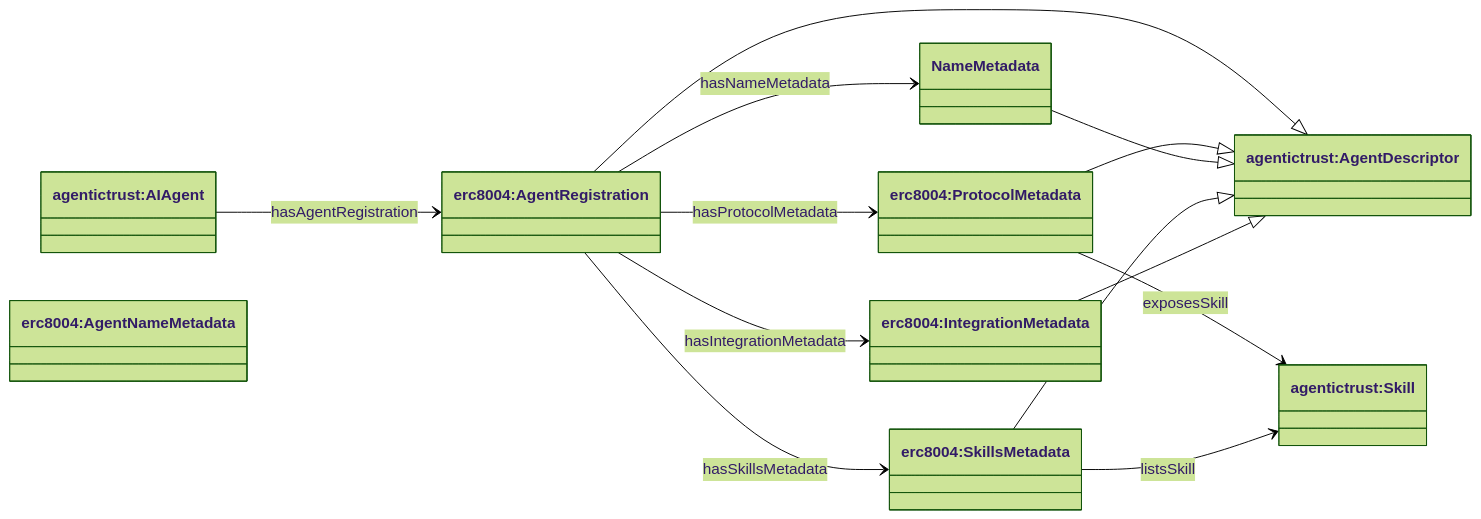
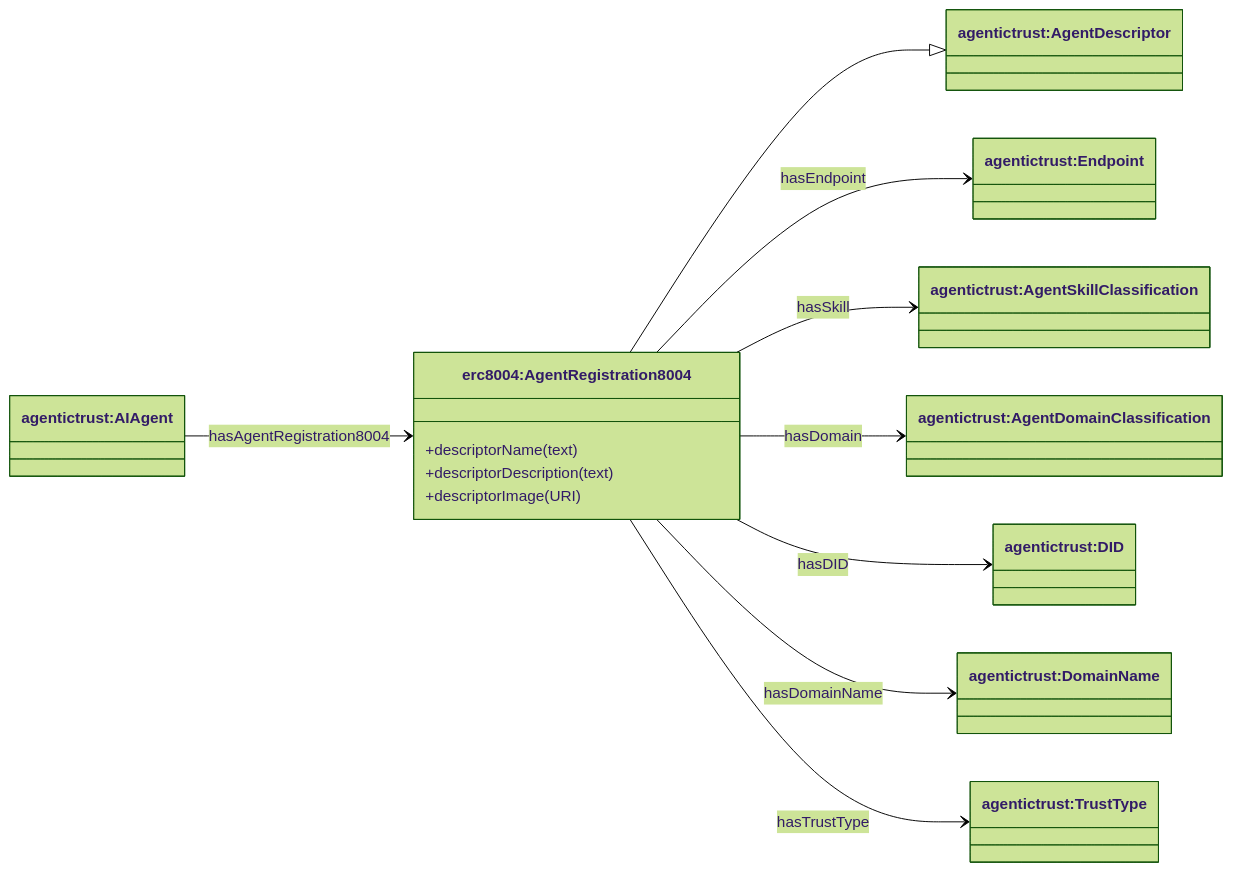
The first of 3 diagrams in docs/ontology/erc8004.md (Agentic-Trust-Layer/agent-explorer), drawn with Mermaid (forest theme) before and after one commit. The commit also changed other lines of this file and 6 other files, not shown here.

Commit message:
update descriptor and DID

````diff
--- a/docs/ontology/erc8004.md
+++ b/docs/ontology/erc8004.md
@@ -29,28 +32,27 @@
 ```mermaid
 classDiagram
 direction LR
 
 class AIAgent["agentictrust:AIAgent"]
 class AgentDescriptor["agentictrust:AgentDescriptor"]
-class AgentRegistration["erc8004:AgentRegistration"]
-class ProtocolMetadata["erc8004:ProtocolMetadata"]
-class AgentNameMetadata["erc8004:AgentNameMetadata"]
-class SkillsMetadata["erc8004:SkillsMetadata"]
-class IntegrationMetadata["erc8004:IntegrationMetadata"]
-class Skill["agentictrust:Skill"]
+class AgentRegistration8004["erc8004:AgentRegistration8004"]
+class Endpoint["agentictrust:Endpoint"]
+class AgentSkillClassification["agentictrust:AgentSkillClassification"]
+class AgentDomainClassification["agentictrust:AgentDomainClassification"]
+class DID["agentictrust:DID"]
+class DomainName["agentictrust:DomainName"]
+class TrustType["agentictrust:TrustType"]
 
-AgentRegistration --|> AgentDescriptor
-ProtocolMetadata --|> AgentDescriptor
-NameMetadata --|> AgentDescriptor
-SkillsMetadata --|> AgentDescriptor
-IntegrationMetadata --|> AgentDescriptor
+AgentRegistration8004 --|> AgentDescriptor
 
-AIAgent --> AgentRegistration : hasAgentRegistration
-AgentRegistration --> ProtocolMetadata : hasProtocolMetadata
-AgentRegistration --> NameMetadata : hasNameMetadata
-AgentRegistration --> SkillsMetadata : hasSkillsMetadata
-AgentRegistration --> IntegrationMetadata : hasIntegrationMetadata
-
-ProtocolMetadata --> Skill : exposesSkill
-SkillsMetadata --> Skill : listsSkill
+AIAgent --> AgentRegistration8004 : hasAgentRegistration8004
+AgentRegistration8004 --> Endpoint : hasEndpoint
+AgentRegistration8004 --> AgentSkillClassification : hasSkill
+AgentRegistration8004 --> AgentDomainClassification : hasDomain
+AgentRegistration8004 --> DID : hasDID
+AgentRegistration8004 --> DomainName : hasDomainName
+AgentRegistration8004 --> TrustType : hasTrustType
+AgentRegistration8004 : +descriptorName (text)
+AgentRegistration8004 : +descriptorDescription (text)
+AgentRegistration8004 : +descriptorImage (URI)
 ```
````
